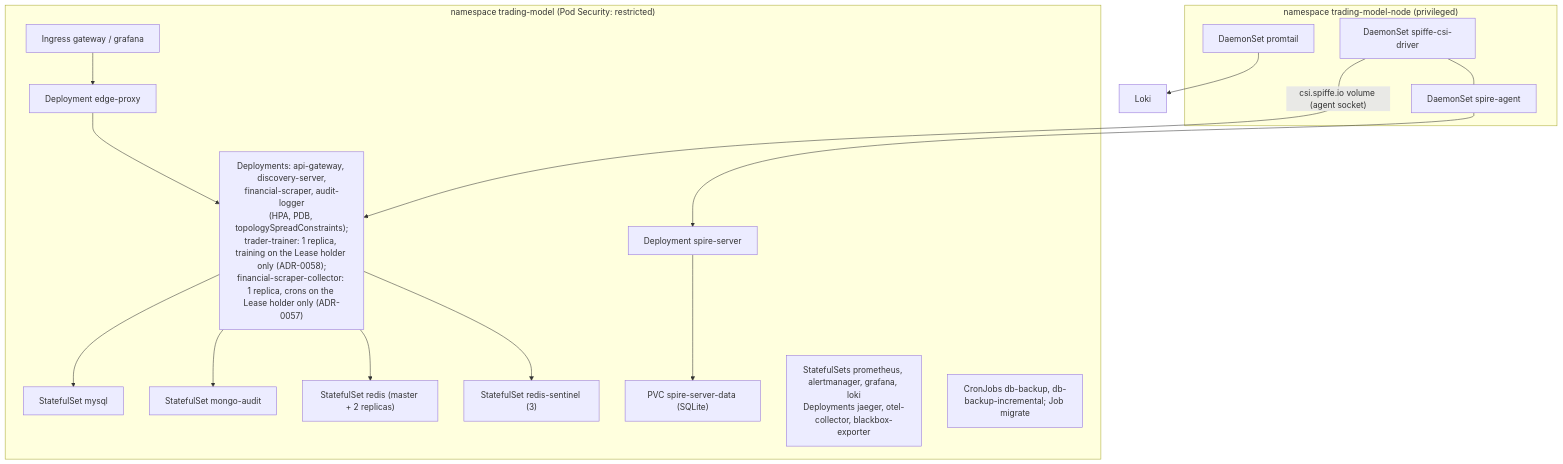
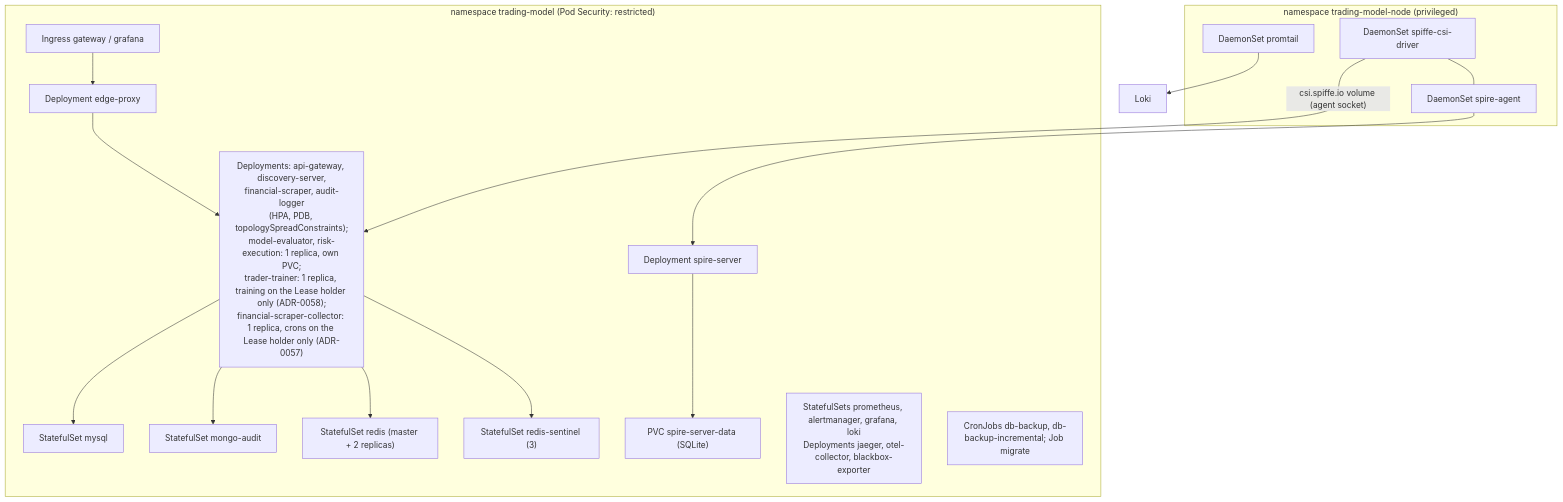
Before and after one commit to docteur-turboss/trading-model: the third of 4 diagrams in docs/architecture/system-overview.md, drawn with Mermaid. The commit also changed other lines of this file and 43 other files, not shown here.

````diff
--- a/docs/architecture/system-overview.md
+++ b/docs/architecture/system-overview.md
@@ -74,23 +80,23 @@
 ```mermaid
 flowchart TB
   subgraph tm["namespace trading-model (Pod Security: restricted)"]
     ing["Ingress gateway / grafana"] --> edge["Deployment edge-proxy"]
-    edge --> svc["Deployments: api-gateway, discovery-server,<br/>financial-scraper, audit-logger<br/>(HPA, PDB, topologySpreadConstraints);<br/>trader-trainer: 1 replica, training on the Lease holder only (ADR-0058);<br/>financial-scraper-collector: 1 replica, crons on the Lease holder only (ADR-0057)"]
+    edge --> svc["Deployments: api-gateway, discovery-server,<br/>financial-scraper, audit-logger<br/>(HPA, PDB, topologySpreadConstraints);<br/>model-evaluator, risk-execution: 1 replica, own PVC;<br/>trader-trainer: 1 replica, training on the Lease holder only (ADR-0058);<br/>financial-scraper-collector: 1 replica, crons on the Lease holder only (ADR-0057)"]
     svc --> mysql["StatefulSet mysql"]
     svc --> mA["StatefulSet mongo-audit"]
     svc --> rd["StatefulSet redis (master + 2 replicas)"]
     svc --> rs["StatefulSet redis-sentinel (3)"]
     ss["Deployment spire-server"] --> sspvc["PVC spire-server-data (SQLite)"]
     obs["StatefulSets prometheus, alertmanager, grafana, loki<br/>Deployments jaeger, otel-collector, blackbox-exporter"]
     jobs["CronJobs db-backup, db-backup-incremental; Job migrate"]
   end
   subgraph node["namespace trading-model-node (privileged)"]
     agent["DaemonSet spire-agent"]
     csi["DaemonSet spiffe-csi-driver"]
     pt["DaemonSet promtail"]
   end
   csi -->|"csi.spiffe.io volume (agent socket)"| svc
   agent --> ss
   csi --- agent
   pt --> loki["Loki"]
 ```
````
